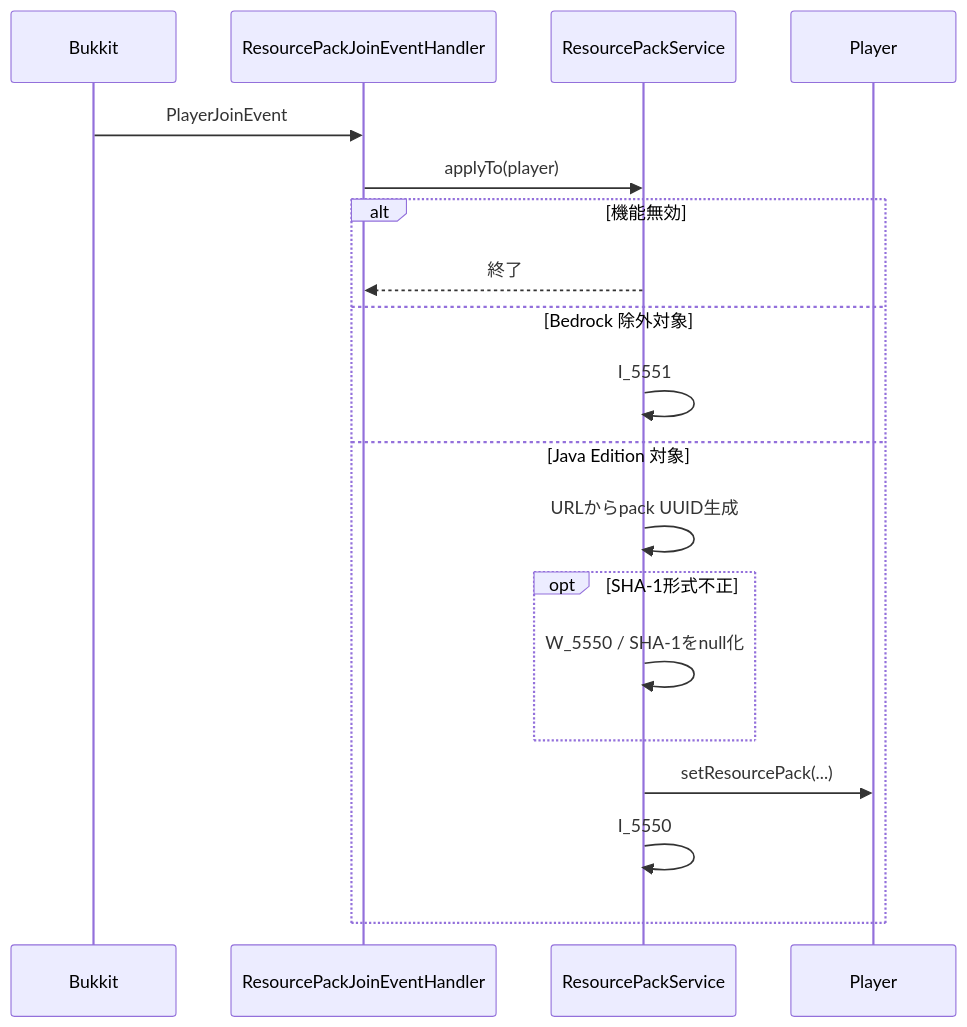
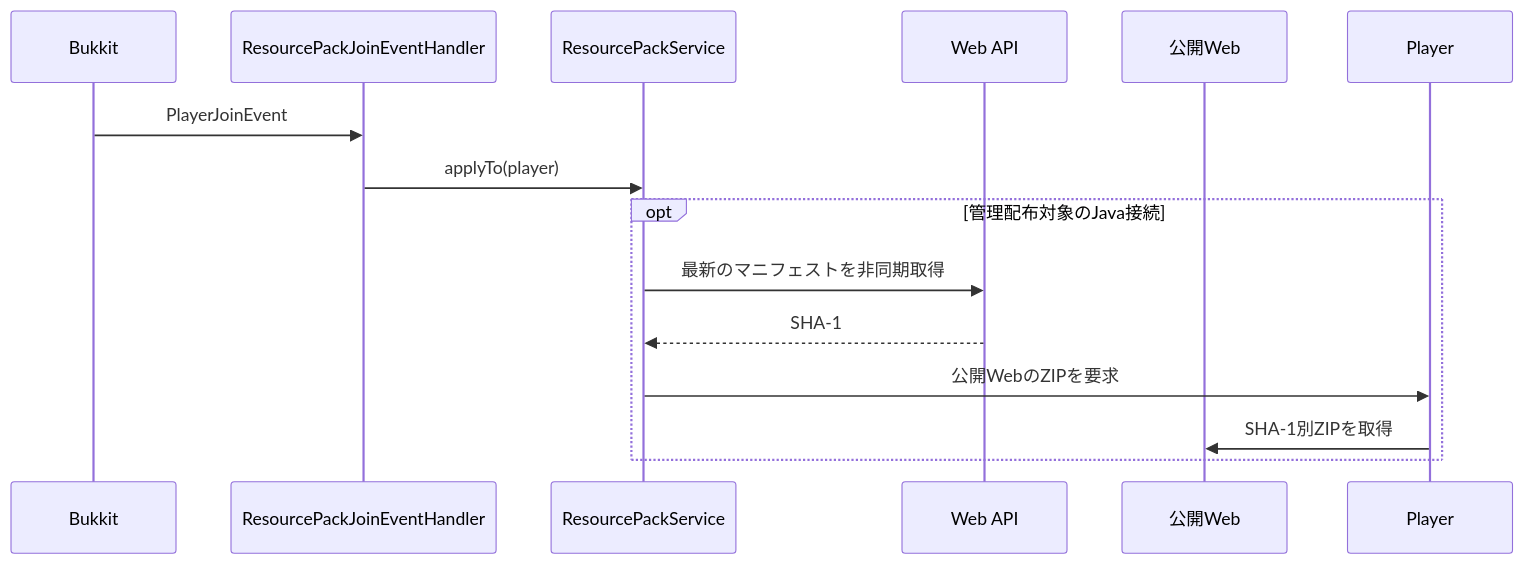
Before and after one commit to maaasu/AstralRecord-Workspace: the first of 2 diagrams in 00_docs/10_Plugin設計書/feature/30-resource-pack/30_4-統合フロー.md, drawn with Mermaid. The commit also changed other lines of this file and 68 other files, not shown here.

````diff
--- a/00_docs/10_Plugin設計書/feature/30-resource-pack/30_4-統合フロー.md
+++ b/00_docs/10_Plugin設計書/feature/30-resource-pack/30_4-統合フロー.md
@@ -7,21 +7,17 @@
 ```mermaid
 sequenceDiagram
     participant Bukkit
     participant Join as ResourcePackJoinEventHandler
     participant Service as ResourcePackService
+    participant Api as Web API
+    participant Web as 公開Web
     participant Player
     Bukkit->>Join: PlayerJoinEvent
     Join->>Service: applyTo(player)
-    alt 機能無効
-        Service-->>Join: 終了
-    else Bedrock 除外対象
-        Service->>Service: I_5551
-    else Java Edition 対象
-        Service->>Service: URLからpack UUID生成
-        opt SHA-1形式不正
-            Service->>Service: W_5550 / SHA-1をnull化
-        end
-        Service->>Player: setResourcePack(...)
-        Service->>Service: I_5550
+    opt 管理配布対象のJava接続
+        Service->>Api: 最新のマニフェストを非同期取得
+        Api-->>Service: SHA-1
+        Service->>Player: 公開WebのZIPを要求
+        Player->>Web: SHA-1別ZIPを取得
     end
 ```
````
